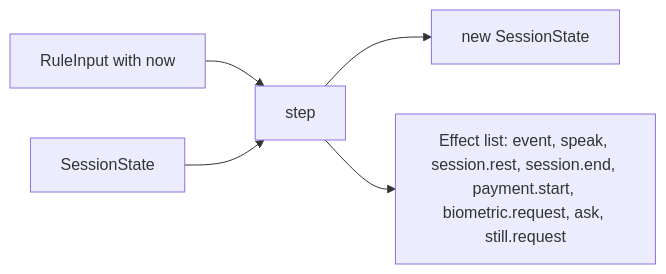
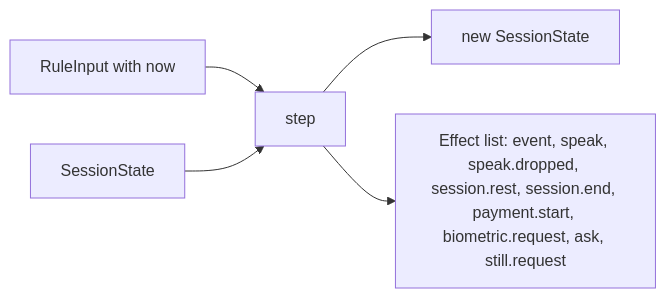
Before and after one commit to mrBymax/glance: the seventh of 14 diagrams in apps/server/README.md, drawn with Mermaid. The commit also changed other lines of this file and 4 other files, not shown here.

````diff
--- a/apps/server/README.md
+++ b/apps/server/README.md
@@ -791,7 +791,7 @@
 ```mermaid
 flowchart LR
   input["RuleInput with now"] --> step
   state["SessionState"] --> step
   step --> next["new SessionState"]
-  step --> effects["Effect list: event, speak, session.rest, session.end, payment.start, biometric.request, ask, still.request"]
+  step --> effects["Effect list: event, speak, speak.dropped, session.rest, session.end, payment.start, biometric.request, ask, still.request"]
 ```
````
